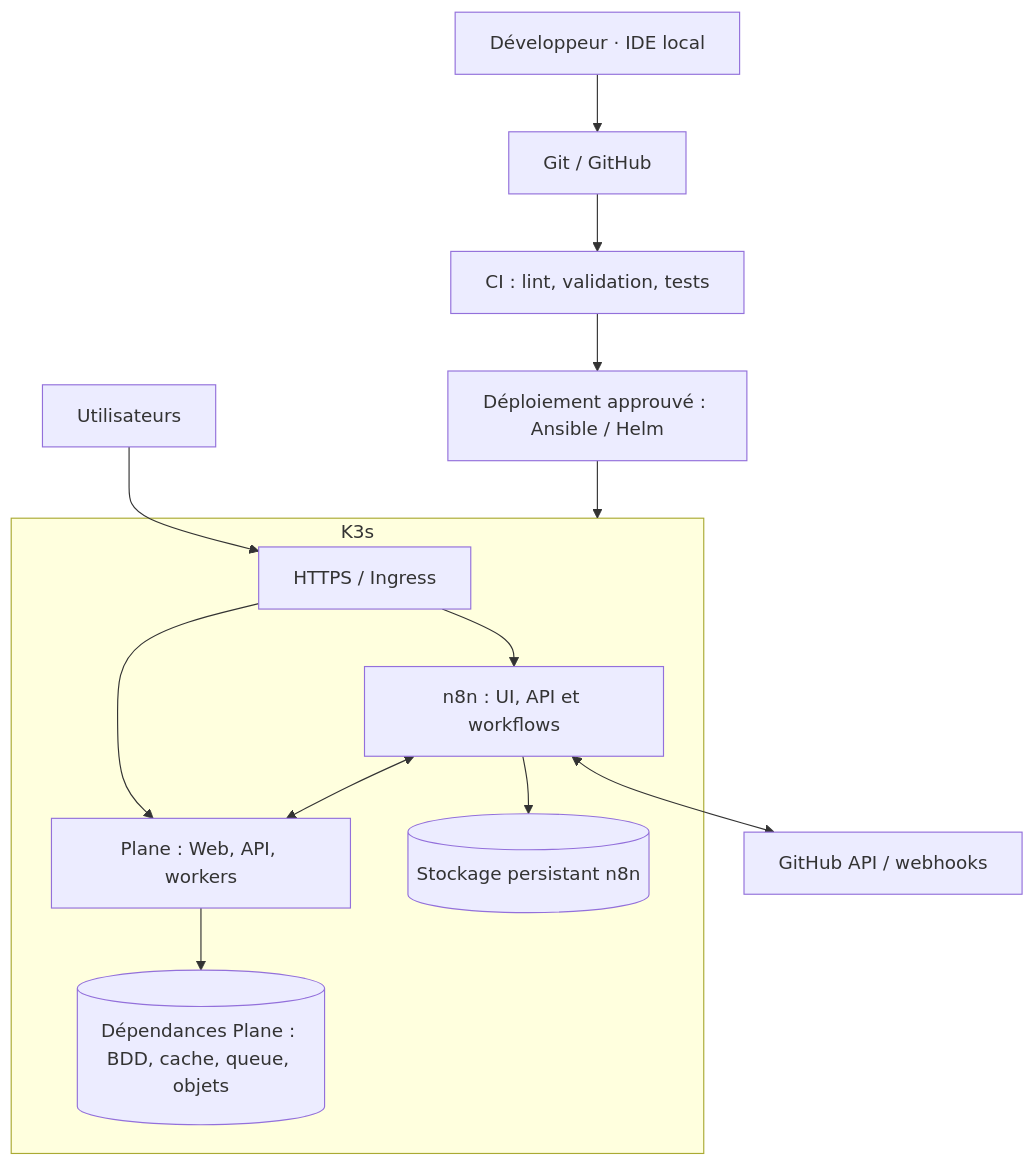
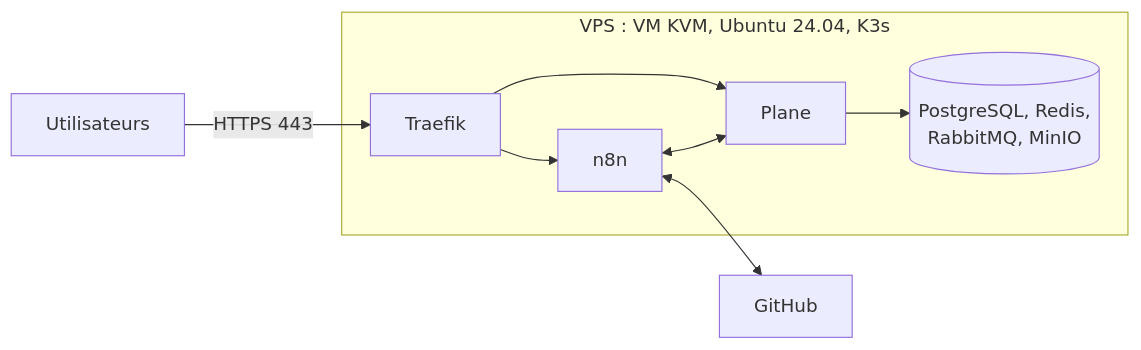
The diagram in README.md (NHBakli/ProjectOS), drawn with Mermaid before and after one commit. The commit also changed other lines of this file and 19 other files, not shown here.

````diff
--- a/README.md
+++ b/README.md
@@ -19,21 +41,15 @@
 ```mermaid
-flowchart TD
-    D[Développeur · IDE local] --> G[Git / GitHub]
-    G --> C[CI : lint, validation, tests]
-    C --> P[Déploiement approuvé : Ansible / Helm]
-    P --> K[K3s single-node sur VPS]
-    U[Utilisateurs] --> H[HTTPS / Ingress]
-    H --> PL[Plane : Web, API, workers]
-    H --> N[n8n : UI, API et workflows]
-    PL --> DP[(Dépendances Plane : BDD, cache, queue, objets)]
-    N --> DN[(Stockage persistant n8n)]
-    N <--> GH[GitHub API / webhooks]
-    N <--> PL
-    subgraph K[K3s]
-      H
-      PL
+flowchart LR
+    U[Utilisateurs] -->|HTTPS 443| T[Traefik]
+    T --> P[Plane]
+    T --> N[n8n]
+    P --> D[(PostgreSQL, Redis,<br/>RabbitMQ, MinIO)]
+    N <--> G[GitHub]
+    N <--> P
+    subgraph VPS["VPS : VM KVM, Ubuntu 24.04, K3s"]
+      T
+      P
       N
-      DP
-      DN
+      D
     end
 ```
````
